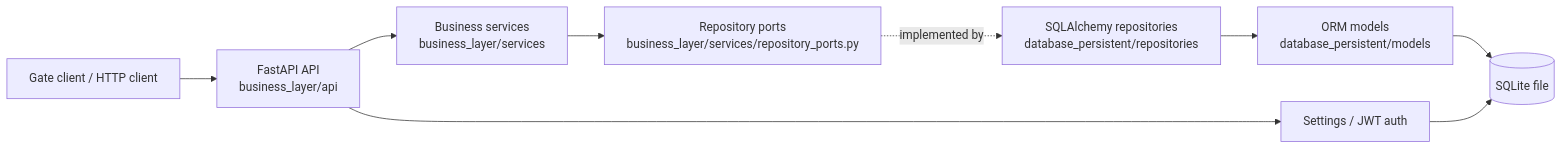
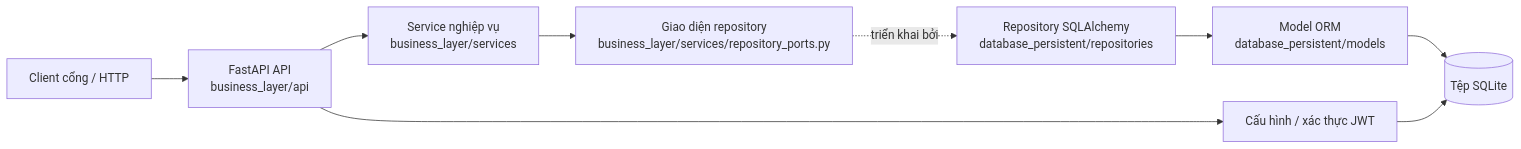
One commit to giang611/parking-management changed the first of 2 diagrams in docs/architecture.md. Above: the diagram before and after it, drawn with Mermaid. The commit also changed other lines of this file and 39 other files, not shown here.

````diff
--- a/docs/architecture.md
+++ b/docs/architecture.md
@@ -9,11 +9,11 @@
 ```mermaid
 flowchart LR
-    Client[Gate client / HTTP client] --> API[FastAPI API<br/>business_layer/api]
-    API --> Services[Business services<br/>business_layer/services]
-    Services --> Ports[Repository ports<br/>business_layer/services/repository_ports.py]
-    Ports -. implemented by .-> Repos[SQLAlchemy repositories<br/>database_persistent/repositories]
-    Repos --> Models[ORM models<br/>database_persistent/models]
-    Models --> SQLite[(SQLite file)]
-    API --> Config[Settings / JWT auth]
+    Client[Client cổng / HTTP] --> API[FastAPI API<br/>business_layer/api]
+    API --> Services[Service nghiệp vụ<br/>business_layer/services]
+    Services --> Ports[Giao diện repository<br/>business_layer/services/repository_ports.py]
+    Ports -. triển khai bởi .-> Repos[Repository SQLAlchemy<br/>database_persistent/repositories]
+    Repos --> Models[Model ORM<br/>database_persistent/models]
+    Models --> SQLite[(Tệp SQLite)]
+    API --> Config[Cấu hình / xác thực JWT]
     Config --> SQLite
 ```
````
